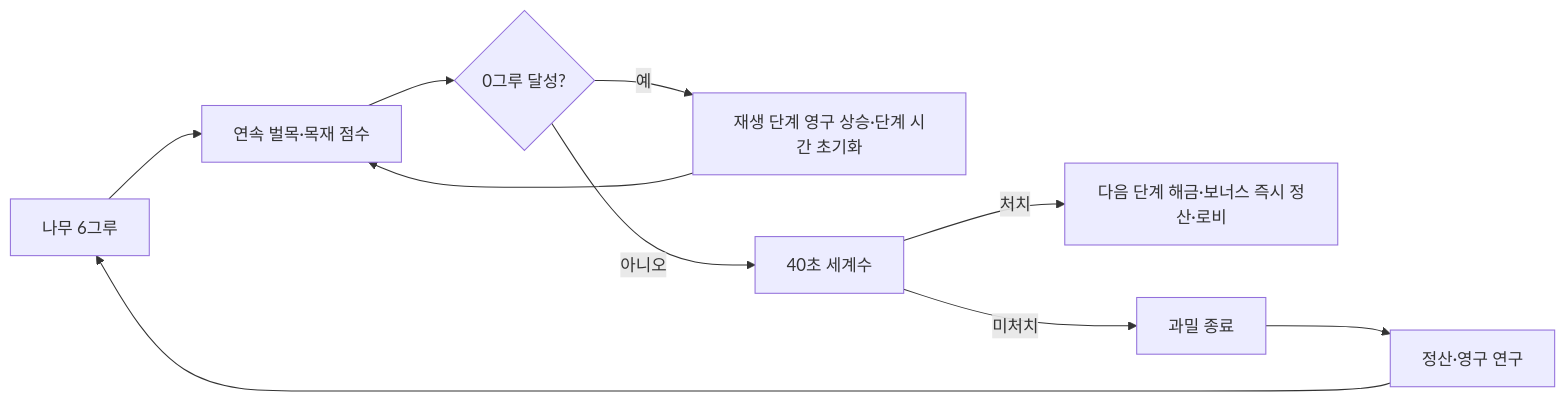
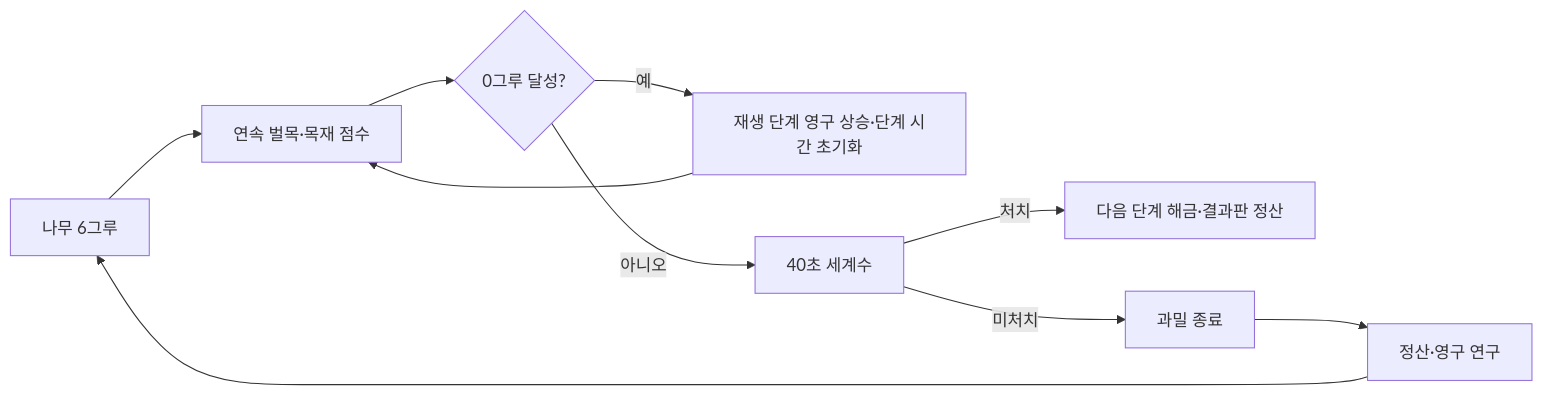
Before and after one commit to hyunsuhahaha/def_game: the diagram in docs/SCORE_ATTACK_META_LOOP.md, drawn with Mermaid. The commit also changed other lines of this file and 5 other files, not shown here.

````diff
--- a/docs/SCORE_ATTACK_META_LOOP.md
+++ b/docs/SCORE_ATTACK_META_LOOP.md
@@ -18,12 +18,12 @@
 ```mermaid
 flowchart LR
     A[나무 6그루] --> B[연속 벌목·목재 점수]
     B --> D{0그루 달성?}
     D -->|예| G[재생 단계 영구 상승·단계 시간 초기화]
     G --> B
     D -->|아니오| W[40초 세계수]
-    W -->|처치| C[다음 단계 해금·보너스 즉시 정산·로비]
+    W -->|처치| C[다음 단계 해금·결과판 정산]
     W -->|미처치| E[과밀 종료]
     E --> F[정산·영구 연구]
     F --> A
 ```
````
